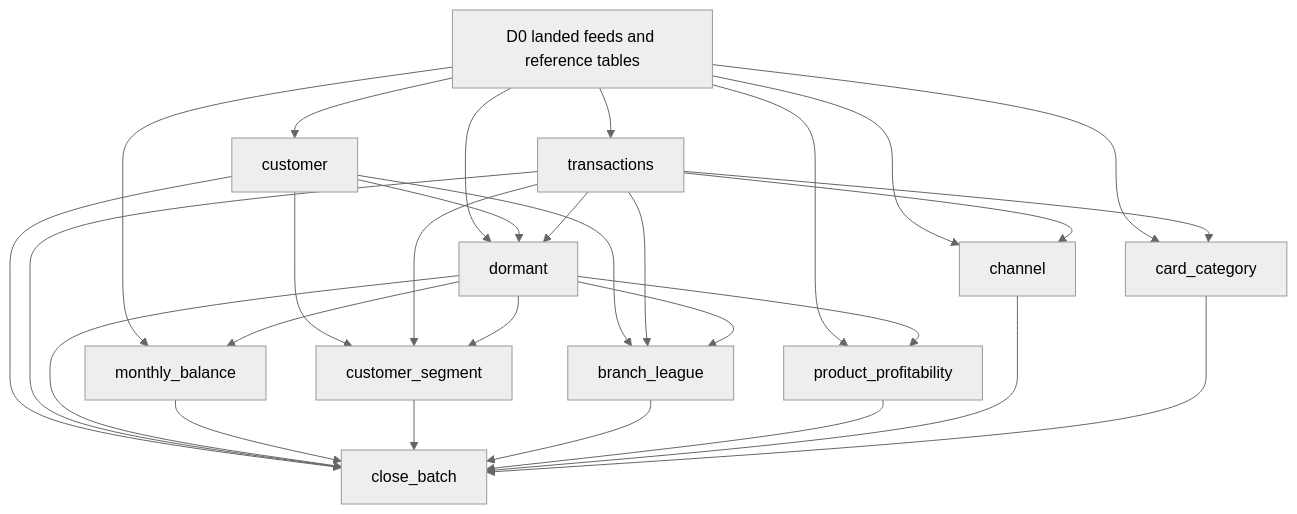
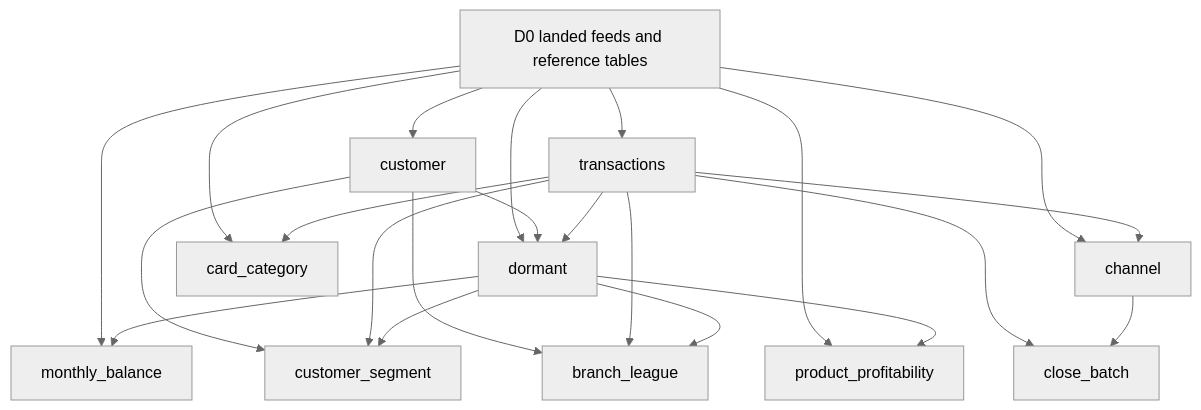
One commit to Cognition-Partner-Workshops-mirror/daiwt-01-lakehouse-migration changed the diagram in docs/estate_map.md. Above: the diagram before and after it, drawn with Mermaid (neutral theme). The commit also changed other lines of this file and 1 other file, not shown here.

Commit message:
Clarify unit data dependencies and parallel build waves

````diff
--- a/docs/estate_map.md
+++ b/docs/estate_map.md
@@ -15,31 +15,24 @@
 ```mermaid
 flowchart TD
   inputs["D0 landed feeds and reference tables"] --> customer
   inputs --> transactions
   inputs --> dormant
   inputs --> monthly_balance
   inputs --> product_profitability
   inputs --> channel
   inputs --> card_category
   customer --> dormant
   transactions --> dormant
   dormant --> monthly_balance
   customer --> customer_segment
   transactions --> customer_segment
   dormant --> customer_segment
   customer --> branch_league
   transactions --> branch_league
   dormant --> branch_league
   dormant --> product_profitability
   transactions --> channel
   transactions --> card_category
-  customer --> close_batch
   transactions --> close_batch
-  dormant --> close_batch
-  monthly_balance --> close_batch
-  customer_segment --> close_batch
-  branch_league --> close_batch
-  product_profitability --> close_batch
   channel --> close_batch
-  card_category --> close_batch
 ```
````
